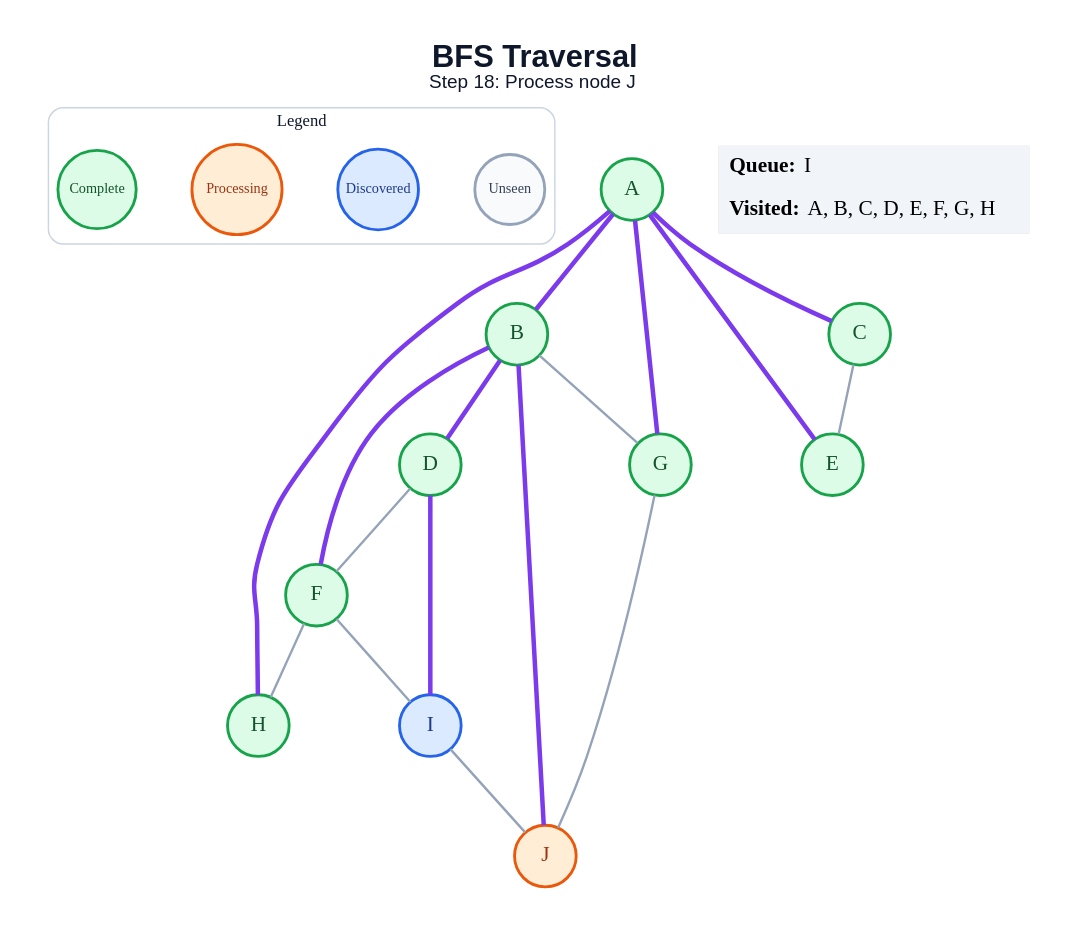
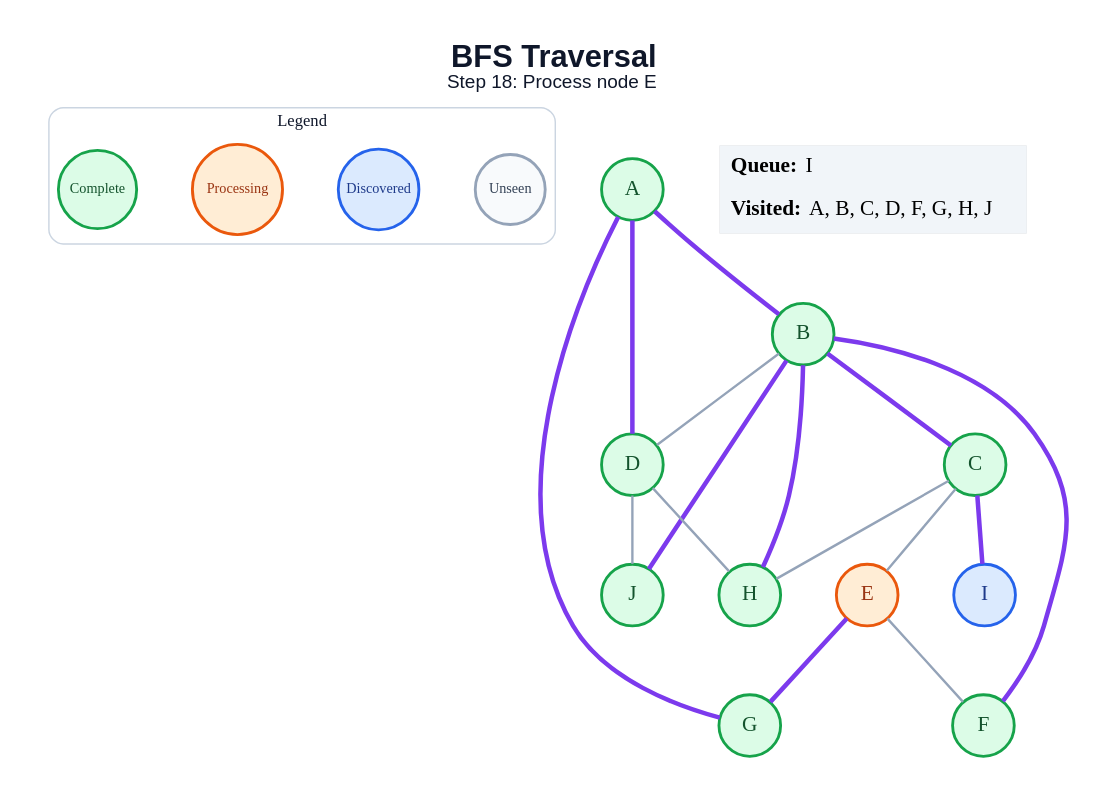
One commit to amanghodawala9/ai-slop changed the diagram in generated/bfs/step_18.dot. Above: the diagram before and after it, drawn with Graphviz. The commit also changed 178 other files, not shown here.

```diff
--- a/generated/bfs/step_18.dot
+++ b/generated/bfs/step_18.dot
@@ -1,45 +1,44 @@
 graph traversal {
   graph [layout=dot, rankdir=TB, bgcolor="#FFFFFF", pad="0.35", nodesep="0.65", ranksep="0.8", fontname="Arial"];
   node [shape=circle, style="filled", fontname="Arial Bold", fontsize=18, width=0.72, fixedsize=true, penwidth=2.4];
   edge [color="#94A3B8", penwidth=2.0];
-  label=<<B>BFS Traversal</B><BR/><FONT POINT-SIZE="16">Step 18: Process node J</FONT>>; labelloc="t"; fontsize=26; fontname="Arial"; fontcolor="#0F172A";
+  label=<<B>BFS Traversal</B><BR/><FONT POINT-SIZE="16">Step 18: Process node E</FONT>>; labelloc="t"; fontsize=26; fontname="Arial"; fontcolor="#0F172A";
   subgraph cluster_legend { label="Legend"; color="#CBD5E1"; penwidth=1.2; style="rounded"; fontsize=14; fontname="Arial Bold";
     key_unseen [label="Unseen", fillcolor="#F8FAFC", color="#94A3B8", fontcolor="#334155", fontsize=12, width=0.82];
     key_frontier [label="Discovered", fillcolor="#DBEAFE", color="#2563EB", fontcolor="#1E3A8A", fontsize=12, width=0.95];
     key_current [label="Processing", fillcolor="#FFEDD5", color="#EA580C", fontcolor="#9A3412", fontsize=12, width=1.05];
     key_done [label="Complete", fillcolor="#DCFCE7", color="#16A34A", fontcolor="#14532D", fontsize=12, width=0.92];
     { rank=same; key_unseen; key_frontier; key_current; key_done; }
   }
   A [fillcolor="#DCFCE7", color="#16A34A", fontcolor="#14532D"];
   B [fillcolor="#DCFCE7", color="#16A34A", fontcolor="#14532D"];
   C [fillcolor="#DCFCE7", color="#16A34A", fontcolor="#14532D"];
   D [fillcolor="#DCFCE7", color="#16A34A", fontcolor="#14532D"];
-  E [fillcolor="#DCFCE7", color="#16A34A", fontcolor="#14532D"];
+  E [fillcolor="#FFEDD5", color="#EA580C", fontcolor="#9A3412"];
   F [fillcolor="#DCFCE7", color="#16A34A", fontcolor="#14532D"];
   G [fillcolor="#DCFCE7", color="#16A34A", fontcolor="#14532D"];
   H [fillcolor="#DCFCE7", color="#16A34A", fontcolor="#14532D"];
   I [fillcolor="#DBEAFE", color="#2563EB", fontcolor="#1E3A8A"];
-  J [fillcolor="#FFEDD5", color="#EA580C", fontcolor="#9A3412"];
+  J [fillcolor="#DCFCE7", color="#16A34A", fontcolor="#14532D"];
   A -- B [color="#7C3AED", penwidth=3.8];
-  A -- C [color="#7C3AED", penwidth=3.8];
-  A -- E [color="#7C3AED", penwidth=3.8];
+  A -- D [color="#7C3AED", penwidth=3.8];
   A -- G [color="#7C3AED", penwidth=3.8];
-  A -- H [color="#7C3AED", penwidth=3.8];
-  B -- D [color="#7C3AED", penwidth=3.8];
+  B -- C [color="#7C3AED", penwidth=3.8];
+  B -- D;
   B -- F [color="#7C3AED", penwidth=3.8];
-  B -- G;
+  B -- H [color="#7C3AED", penwidth=3.8];
   B -- J [color="#7C3AED", penwidth=3.8];
   C -- E;
-  D -- F;
-  D -- I [color="#7C3AED", penwidth=3.8];
-  F -- H;
-  F -- I;
-  G -- J;
-  I -- J;
+  C -- H;
+  C -- I [color="#7C3AED", penwidth=3.8];
+  D -- H;
+  D -- J;
+  E -- F;
+  E -- G [color="#7C3AED", penwidth=3.8];
   status [shape=plain, fixedsize=false, width=0, height=0, margin=0, label=<
     <TABLE BORDER="0" CELLBORDER="0" CELLPADDING="7" BGCOLOR="#F1F5F9">
       <TR><TD ALIGN="LEFT"><B>Queue:</B> I</TD></TR>
-      <TR><TD ALIGN="LEFT"><B>Visited:</B> A, B, C, D, E, F, G, H</TD></TR>
+      <TR><TD ALIGN="LEFT"><B>Visited:</B> A, B, C, D, F, G, H, J</TD></TR>
     </TABLE>
   >];
 }
```
